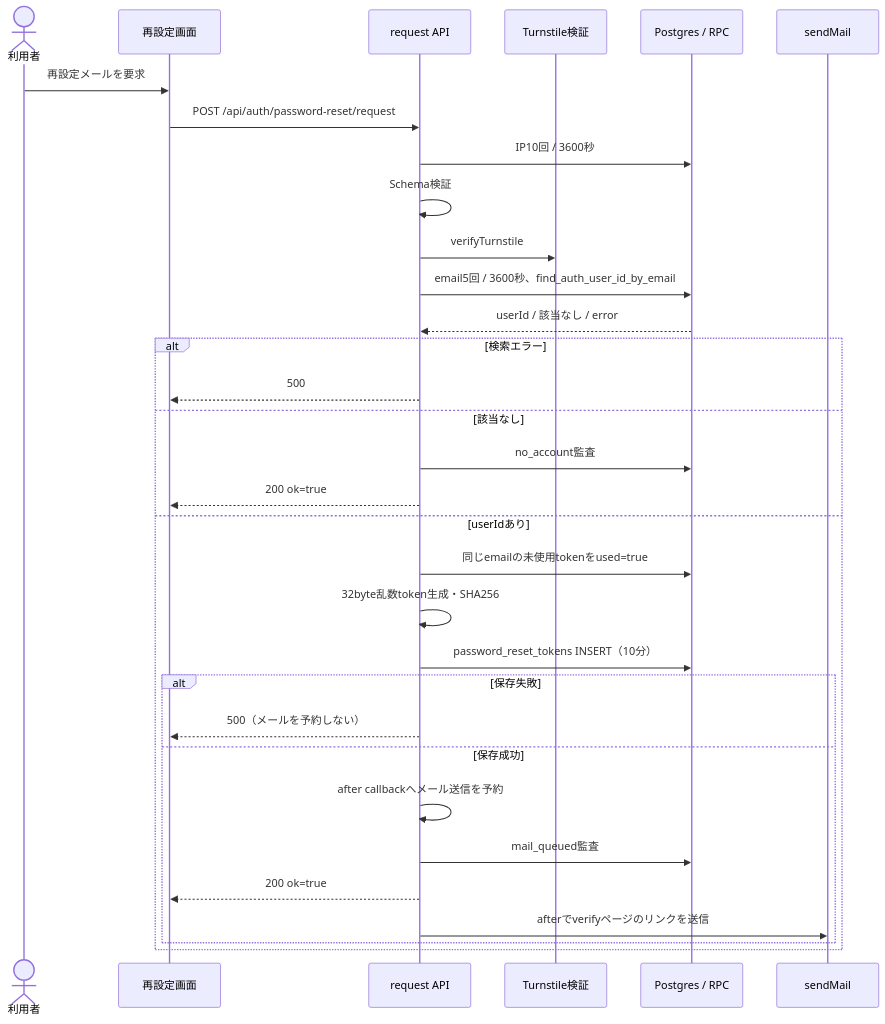
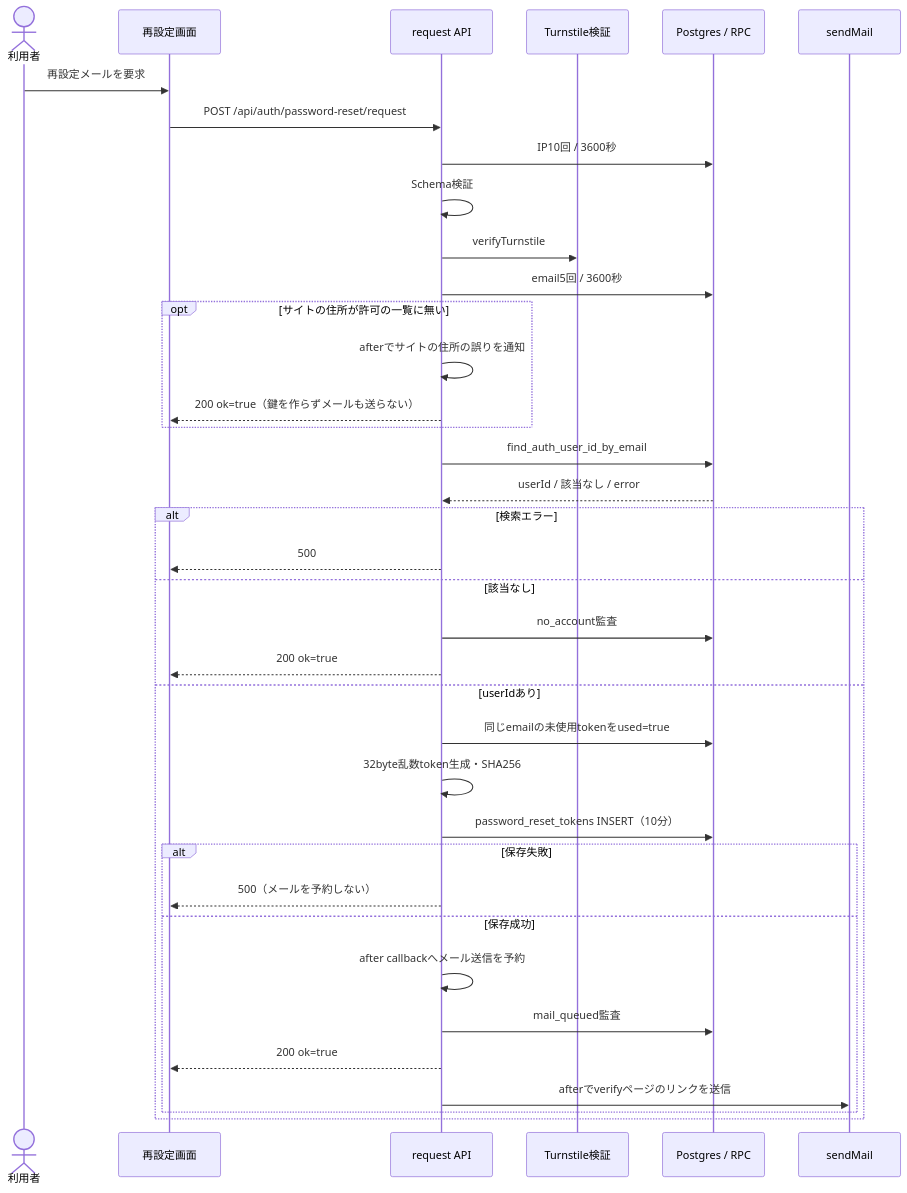
Before and after one commit to ChocoWork/o_official: the first of 4 diagrams in docs/04_DetailDesign/sequence/auth-password-reset.md, drawn with Mermaid. The commit also changed other lines of this file and 20 other files, not shown here.

````diff
--- a/docs/04_DetailDesign/sequence/auth-password-reset.md
+++ b/docs/04_DetailDesign/sequence/auth-password-reset.md
@@ -28,34 +28,39 @@
 ```mermaid
 sequenceDiagram
   actor User as 利用者
   participant UI as 再設定画面
   participant API as request API
   participant Bot as Turnstile検証
   participant DB as Postgres / RPC
   participant Mail as sendMail
   User->>UI: 再設定メールを要求
   UI->>API: POST /api/auth/password-reset/request
   API->>DB: IP10回 / 3600秒
   API->>API: Schema検証
   API->>Bot: verifyTurnstile
-  API->>DB: email5回 / 3600秒、find_auth_user_id_by_email
+  API->>DB: email5回 / 3600秒
+  opt サイトの住所が許可の一覧に無い
+    API->>API: afterでサイトの住所の誤りを通知
+    API-->>UI: 200 ok=true（鍵を作らずメールも送らない）
+  end
+  API->>DB: find_auth_user_id_by_email
   DB-->>API: userId / 該当なし / error
   alt 検索エラー
     API-->>UI: 500
   else 該当なし
     API->>DB: no_account監査
     API-->>UI: 200 ok=true
   else userIdあり
     API->>DB: 同じemailの未使用tokenをused=true
     API->>API: 32byte乱数token生成・SHA256
     API->>DB: password_reset_tokens INSERT（10分）
     alt 保存失敗
       API-->>UI: 500（メールを予約しない）
     else 保存成功
       API->>API: after callbackへメール送信を予約
       API->>DB: mail_queued監査
       API-->>UI: 200 ok=true
       API->>Mail: afterでverifyページのリンクを送信
     end
   end
 ```
````
